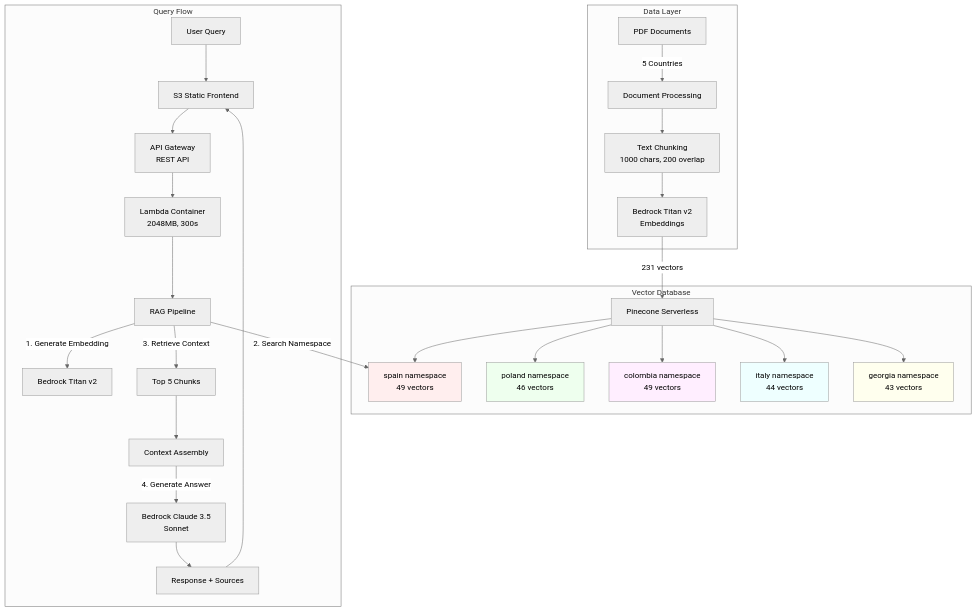
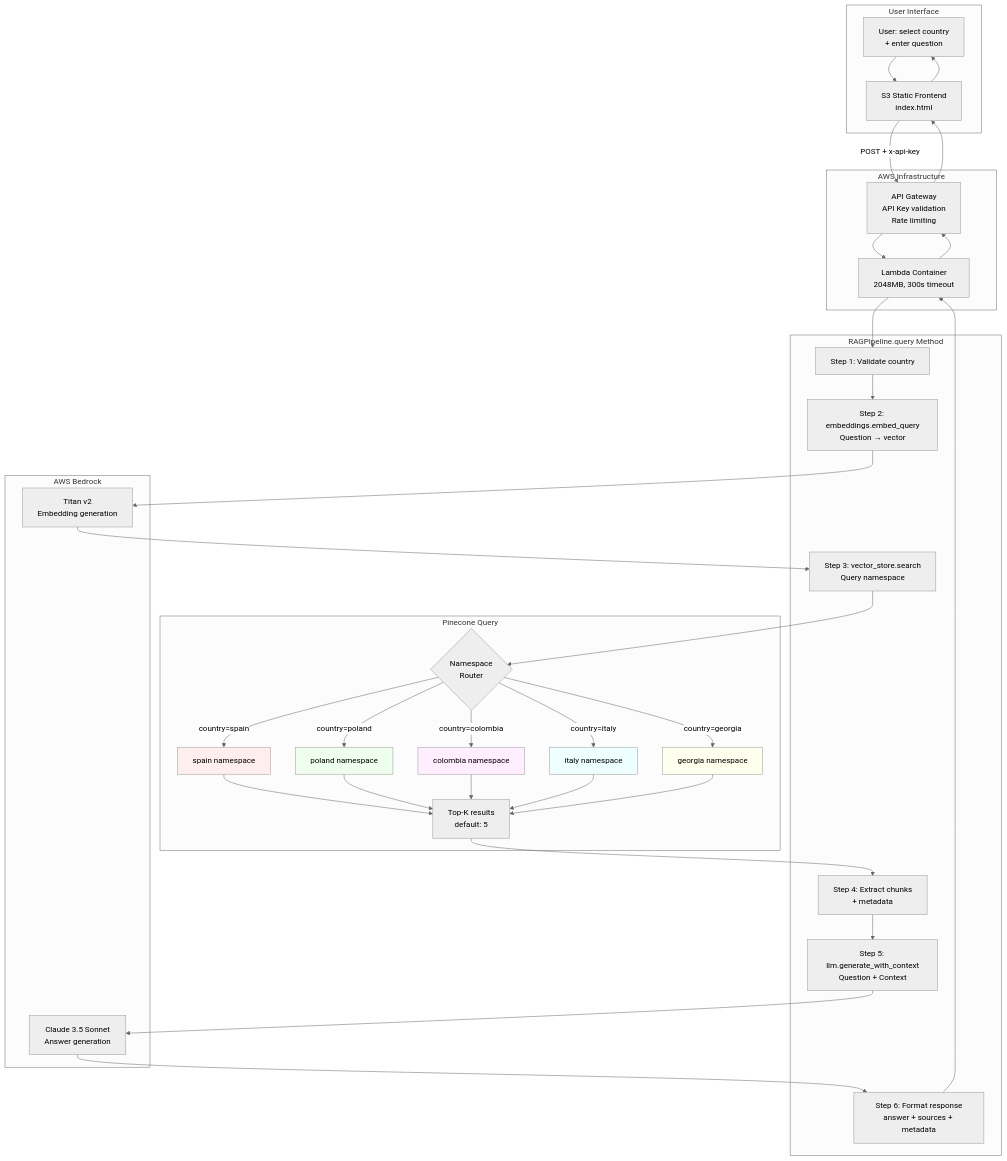
One commit to AndresFMC/RAG-powered_AI_assistant changed the second of 2 diagrams in README.md. Above: the diagram before and after it, drawn with Mermaid (neutral theme). The commit also changed other lines of this file, not shown here.

Commit message:
Update README: add precise architecture diagrams, security section, and realistic performance metrics

````diff
--- a/README.md
+++ b/README.md
@@ -47,37 +110,69 @@
 ```mermaid
 graph TB
-    subgraph "Data Layer"
-        A[PDF Documents] -->|5 Countries| B[Document Processing]
-        B --> C[Text Chunking<br/>1000 chars, 200 overlap]
-        C --> D[Bedrock Titan v2<br/>Embeddings]
+    subgraph "User Interface"
+        A[User: select country<br/>+ enter question]
+        B[S3 Static Frontend<br/>index.html]
     end
     
-    subgraph "Vector Database"
-        D -->|231 vectors| E[Pinecone Serverless]
-        E --> F1[spain namespace<br/>49 vectors]
-        E --> F2[poland namespace<br/>46 vectors]
-        E --> F3[colombia namespace<br/>49 vectors]
-        E --> F4[italy namespace<br/>44 vectors]
-        E --> F5[georgia namespace<br/>43 vectors]
+    subgraph "AWS Infrastructure"
+        C[API Gateway<br/>API Key validation<br/>Rate limiting]
+        D[Lambda Container<br/>2048MB, 300s timeout]
     end
     
-    subgraph "Query Flow"
-        G[User Query] --> H[S3 Static Frontend]
-        H --> I[API Gateway<br/>REST API]
-        I --> J[Lambda Container<br/>2048MB, 300s]
-        J --> K[RAG Pipeline]
-        K -->|1. Generate Embedding| L[Bedrock Titan v2]
-        K -->|2. Search Namespace| F1
-        K -->|3. Retrieve Context| M[Top 5 Chunks]
-        M --> N[Context Assembly]
-        N -->|4. Generate Answer| O[Bedrock Claude 3.5<br/>Sonnet]
-        O --> P[Response + Sources]
-        P --> H
+    subgraph "RAGPipeline.query Method"
+        E[Step 1: Validate country]
+        F[Step 2: embeddings.embed_query<br/>Question → vector]
+        G[Step 3: vector_store.search<br/>Query namespace]
+        H[Step 4: Extract chunks<br/>+ metadata]
+        I[Step 5: llm.generate_with_context<br/>Question + Context]
+        J[Step 6: Format response<br/>answer + sources + metadata]
     end
     
-    style F1 fill:#fee
-    style F2 fill:#efe
-    style F3 fill:#fef
-    style F4 fill:#eff
-    style F5 fill:#ffe
+    subgraph "AWS Bedrock"
+        K[Titan v2<br/>Embedding generation]
+        L[Claude 3.5 Sonnet<br/>Answer generation]
+    end
+    
+    subgraph "Pinecone Query"
+        M{Namespace<br/>Router}
+        N1[spain namespace]
+        N2[poland namespace]
+        N3[colombia namespace]
+        N4[italy namespace]
+        N5[georgia namespace]
+        O[Top-K results<br/>default: 5]
+    end
+    
+    A --> B
+    B -->|POST + x-api-key| C
+    C --> D
+    D --> E
+    E --> F
+    F --> K
+    K --> G
+    G --> M
+    M -->|country=spain| N1
+    M -->|country=poland| N2
+    M -->|country=colombia| N3
+    M -->|country=italy| N4
+    M -->|country=georgia| N5
+    N1 --> O
+    N2 --> O
+    N3 --> O
+    N4 --> O
+    N5 --> O
+    O --> H
+    H --> I
+    I --> L
+    L --> J
+    J --> D
+    D --> C
+    C --> B
+    B --> A
+    
+    style N1 fill:#fee
+    style N2 fill:#efe
+    style N3 fill:#fef
+    style N4 fill:#eff
+    style N5 fill:#ffe
 ```
````
